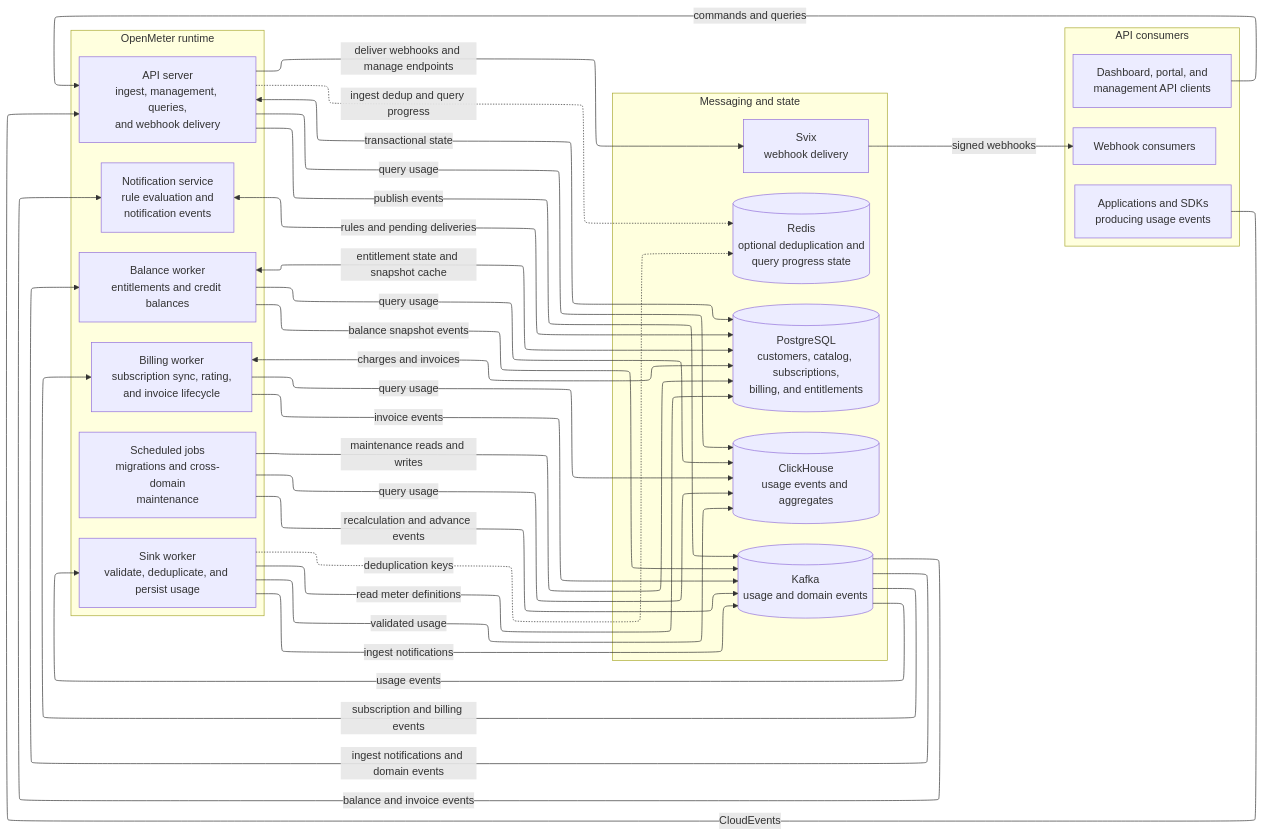
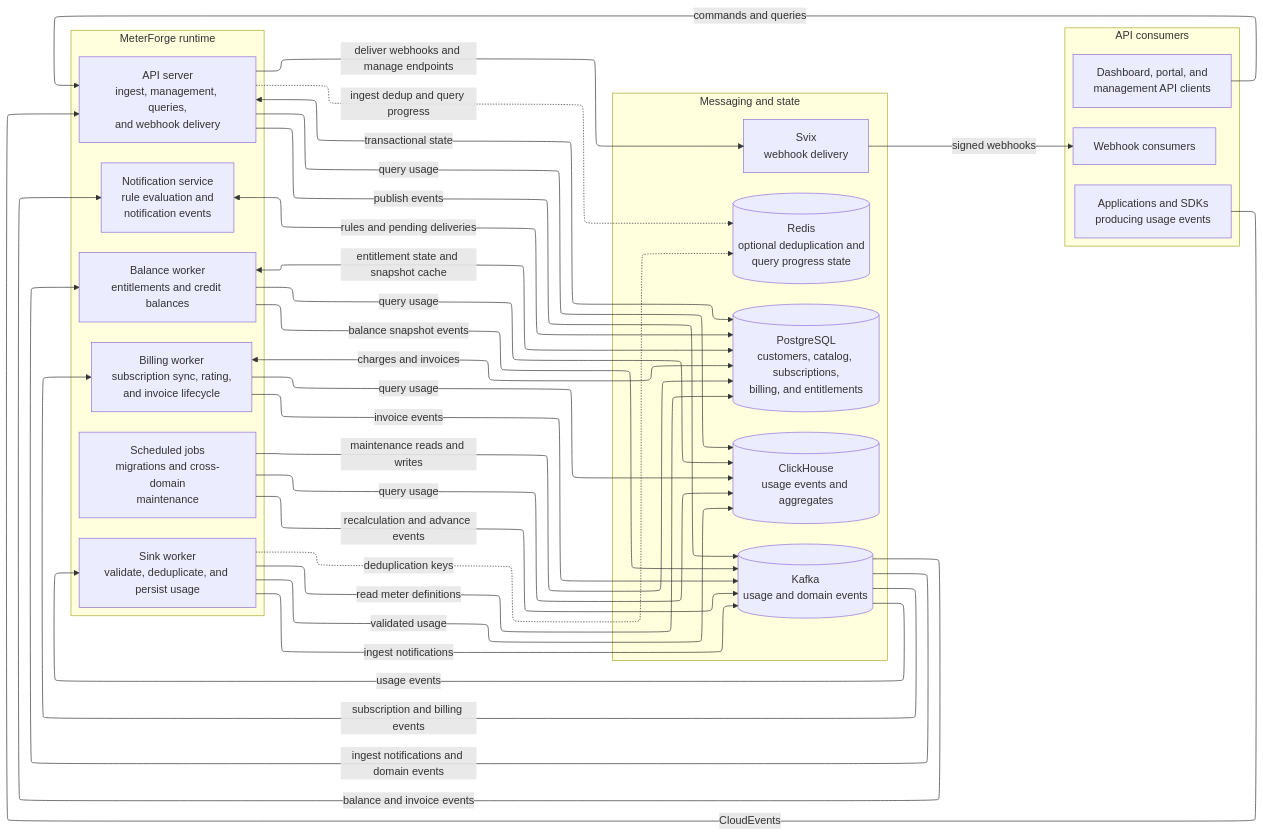
One commit to Pototoooo/meterforge changed the diagram in docs/architecture.md. Above: the diagram before and after it, drawn with Mermaid. The commit also changed other lines of this file and 5061 other files, not shown here.

First line of the commit message:
Rebrand project as MeterForge

````diff
--- a/docs/architecture.md
+++ b/docs/architecture.md
@@ -7,61 +7,61 @@
 ```mermaid
 ---
 config:
   layout: elk
 ---
 flowchart LR
     subgraph clients["API consumers"]
         producers["Applications and SDKs<br/>producing usage events"]
         operators["Dashboard, portal, and<br/>management API clients"]
         webhookConsumers["Webhook consumers"]
     end
 
-    subgraph runtime["OpenMeter runtime"]
+    subgraph runtime["MeterForge runtime"]
         api["API server<br/>ingest, management, queries,<br/>and webhook delivery"]
         sink["Sink worker<br/>validate, deduplicate, and persist usage"]
         balance["Balance worker<br/>entitlements and credit balances"]
         billing["Billing worker<br/>subscription sync, rating,<br/>and invoice lifecycle"]
         notifications["Notification service<br/>rule evaluation and<br/>notification events"]
         jobs["Scheduled jobs<br/>migrations and cross-domain<br/>maintenance"]
     end
 
     subgraph data["Messaging and state"]
         kafka[("Kafka<br/>usage and domain events")]
         redis[("Redis<br/>optional deduplication and<br/>query progress state")]
         clickhouse[("ClickHouse<br/>usage events and aggregates")]
         postgres[("PostgreSQL<br/>customers, catalog, subscriptions,<br/>billing, and entitlements")]
         svix["Svix<br/>webhook delivery"]
     end
 
     producers -->|"CloudEvents"| api
     operators -->|"commands and queries"| api
     api -->|"publish events"| kafka
     api -->|"query usage"| clickhouse
     api <-->|"transactional state"| postgres
     api -.->|"ingest dedup and query progress"| redis
     api -->|"deliver webhooks and manage endpoints"| svix
 
     kafka -->|"usage events"| sink
     sink -.->|"deduplication keys"| redis
     sink -->|"read meter definitions"| postgres
     sink -->|"validated usage"| clickhouse
     sink -->|"ingest notifications"| kafka
 
     kafka -->|"ingest notifications and domain events"| balance
     balance -->|"balance snapshot events"| kafka
     balance -->|"query usage"| clickhouse
     balance <-->|"entitlement state and snapshot cache"| postgres
 
     kafka -->|"subscription and billing events"| billing
     billing -->|"invoice events"| kafka
     billing -->|"query usage"| clickhouse
     billing <-->|"charges and invoices"| postgres
 
     jobs -->|"maintenance reads and writes"| postgres
     jobs -->|"query usage"| clickhouse
     jobs -->|"recalculation and advance events"| kafka
 
     kafka -->|"balance and invoice events"| notifications
     notifications <-->|"rules and pending deliveries"| postgres
     svix -->|"signed webhooks"| webhookConsumers
 ```
````
